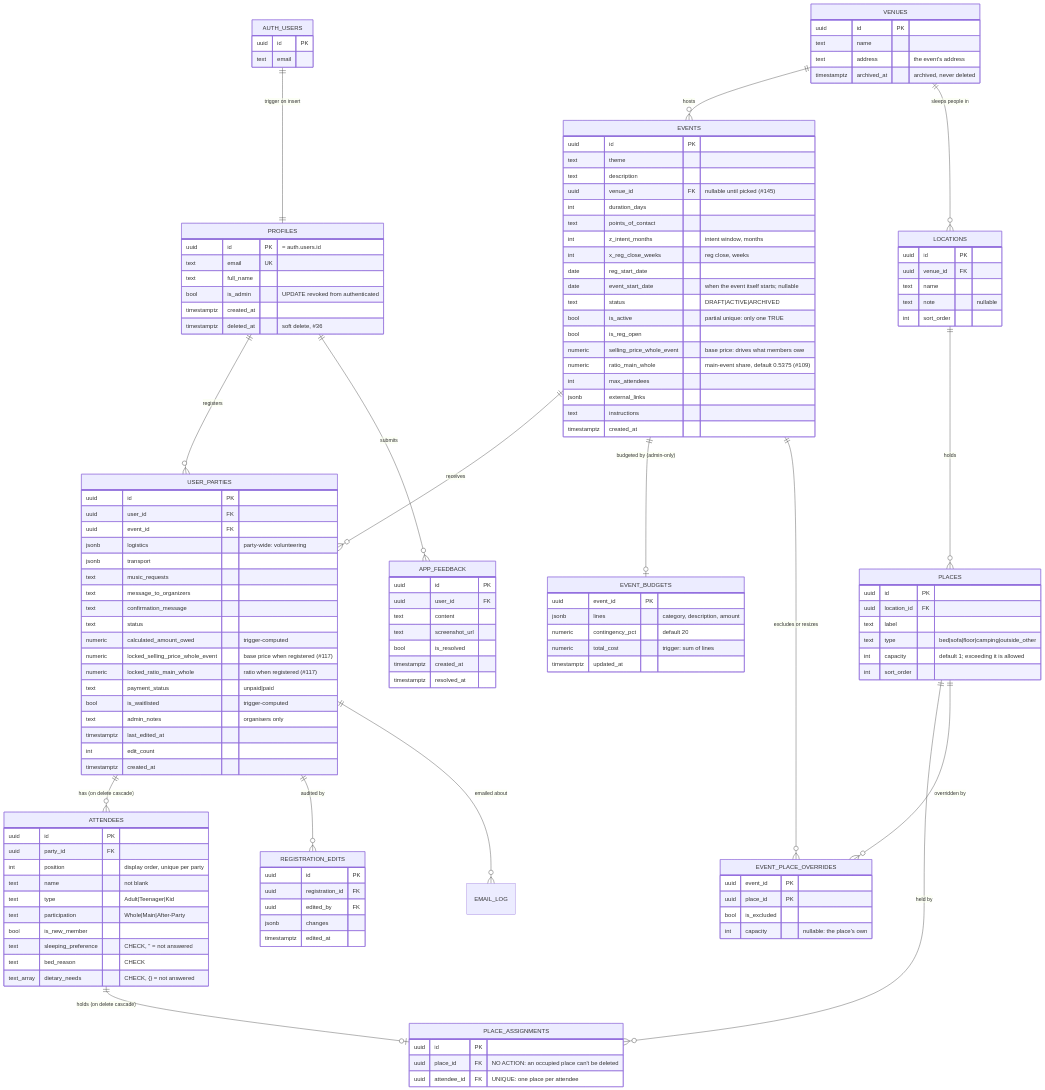
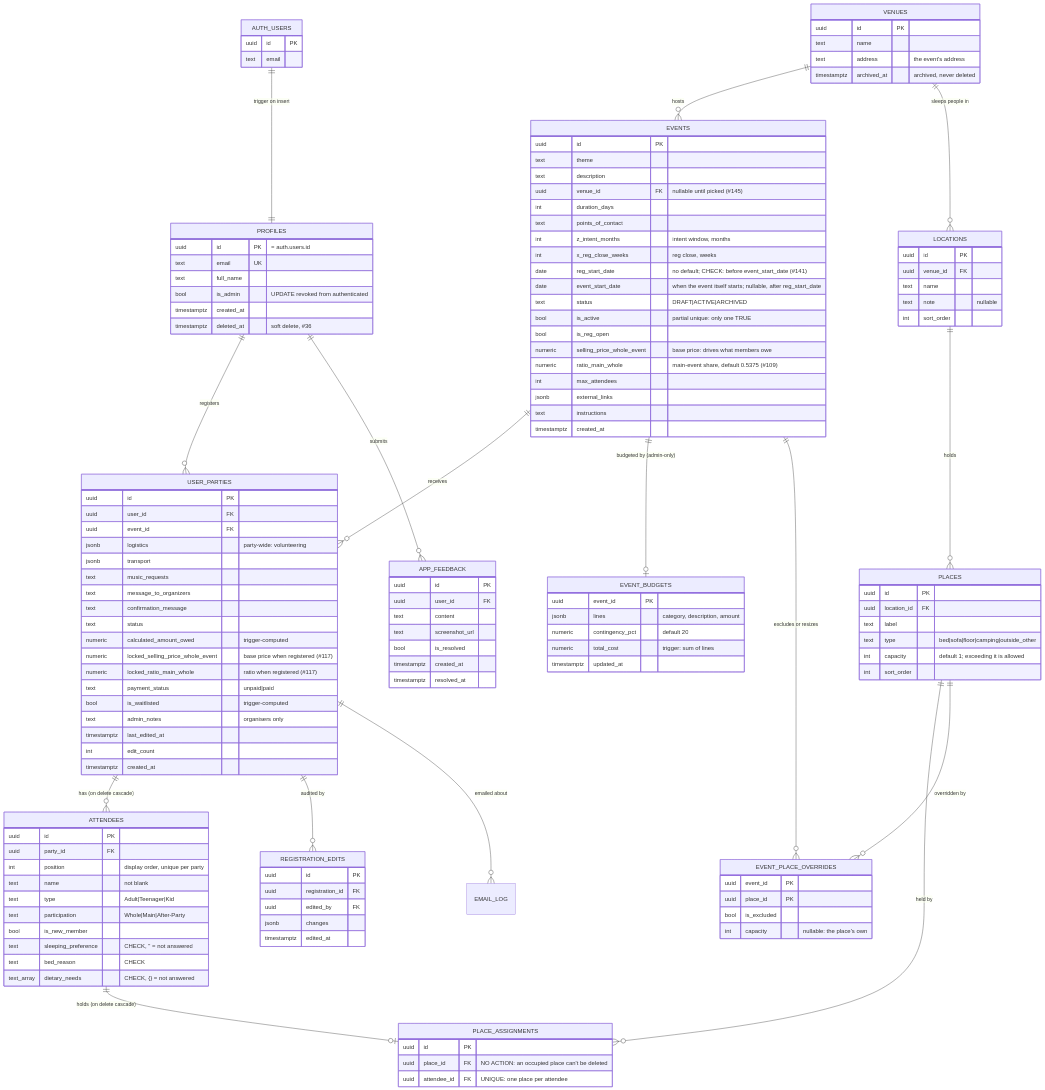
One commit to YULmix/yulmix-la-bedaine changed the first of 2 diagrams in docs/03-data-model.md. Above: the diagram before and after it, drawn with Mermaid. The commit also changed 5 other files, not shown here.

First line of the commit message:
feat(events): the database refuses a registration date on or after the event start (#141) (#168)

```diff
--- a/docs/03-data-model.md
+++ b/docs/03-data-model.md
@@ -46,8 +46,8 @@
     text points_of_contact
     int z_intent_months "intent window, months"
     int x_reg_close_weeks "reg close, weeks"
-    date reg_start_date
-    date event_start_date "when the event itself starts; nullable"
+    date reg_start_date "no default; CHECK: before event_start_date (#141)"
+    date event_start_date "when the event itself starts; nullable, after reg_start_date"
     text status "DRAFT|ACTIVE|ARCHIVED"
     bool is_active "partial unique: only one TRUE"
     bool is_reg_open
```
